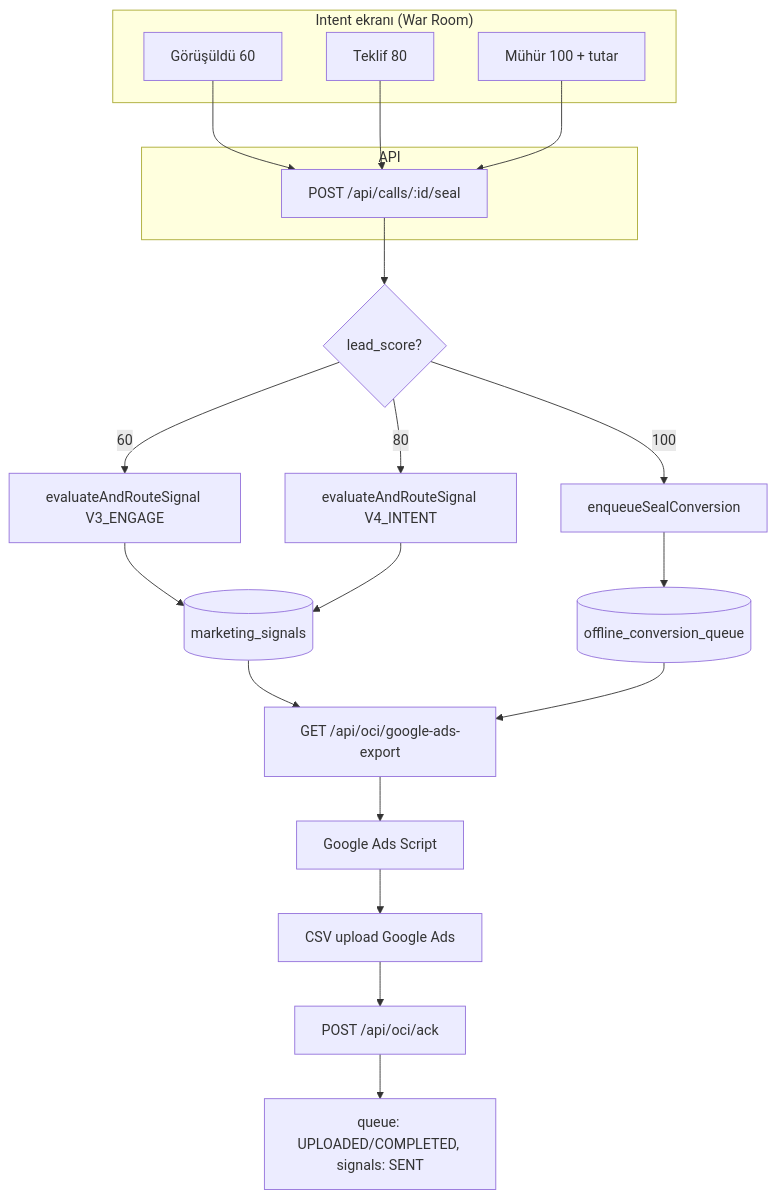
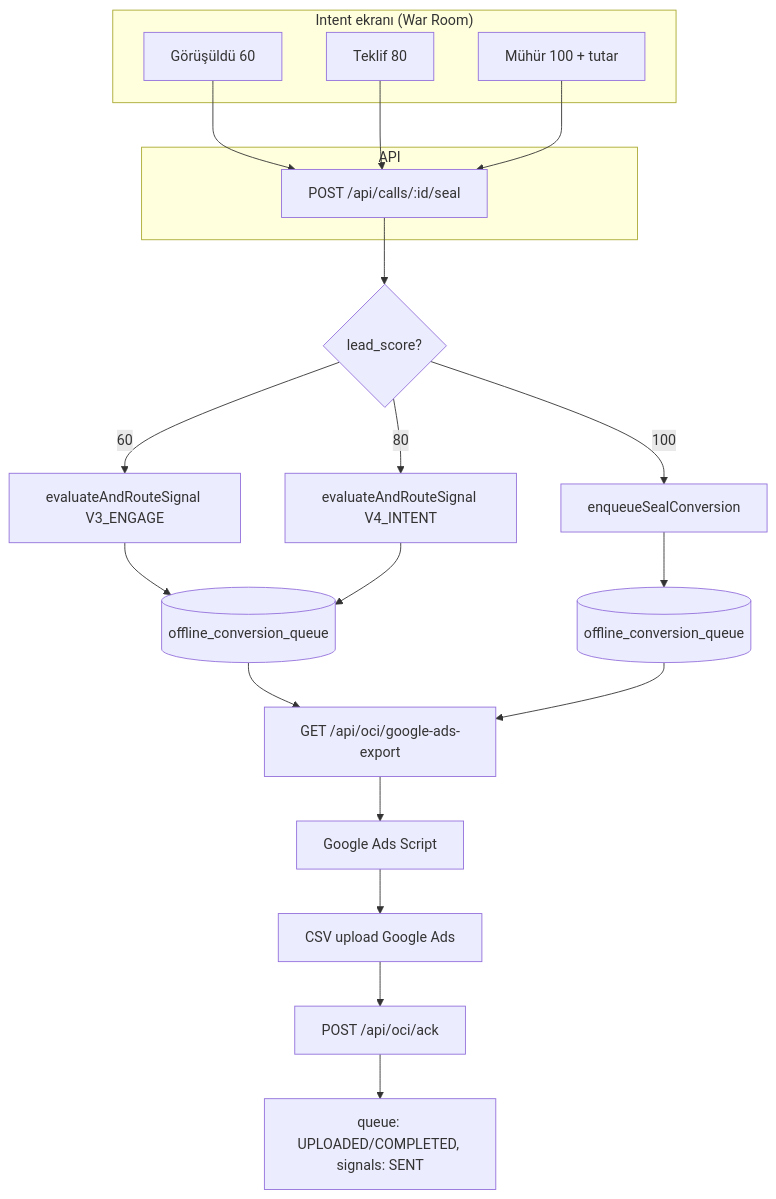
Before and after one commit to otomantik/OpsMantik: the diagram in docs/runbooks/OCI_CONVERSION_INTENT_FLOW_DIAGRAM.md, drawn with Mermaid. The commit also changed other lines of this file and 188 other files, not shown here.

First line of the commit message:
refactor(oci): retire marketing_signals, CUT-02 cron kemik (7 schedules)

````diff
--- a/docs/runbooks/OCI_CONVERSION_INTENT_FLOW_DIAGRAM.md
+++ b/docs/runbooks/OCI_CONVERSION_INTENT_FLOW_DIAGRAM.md
@@ -52,33 +52,33 @@
 ```mermaid
 flowchart TB
   subgraph UI["Intent ekranı (War Room)"]
     A1[Görüşüldü 60]
     A2[Teklif 80]
     A3[Mühür 100 + tutar]
   end
 
   subgraph API["API"]
     B[POST /api/calls/:id/seal]
   end
 
   A1 --> B
   A2 --> B
   A3 --> B
 
   B --> C{lead_score?}
   C -->|60| D[evaluateAndRouteSignal V3_ENGAGE]
   C -->|80| E[evaluateAndRouteSignal V4_INTENT]
   C -->|100| F[enqueueSealConversion]
 
-  D --> G[(marketing_signals)]
+  D --> G[(offline_conversion_queue)]
   E --> G
   F --> H[(offline_conversion_queue)]
 
   G --> I[GET /api/oci/google-ads-export]
   H --> I
 
   I --> J[Google Ads Script]
   J --> K[CSV upload Google Ads]
   K --> L[POST /api/oci/ack]
   L --> M[queue: UPLOADED/COMPLETED, signals: SENT]
 ```
````
